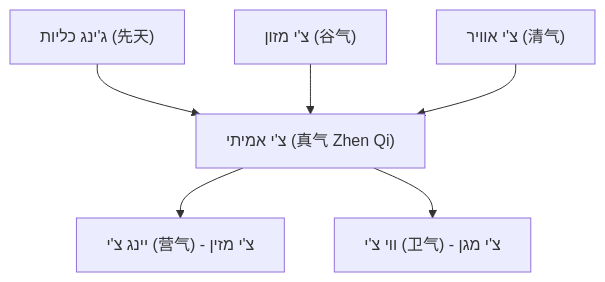
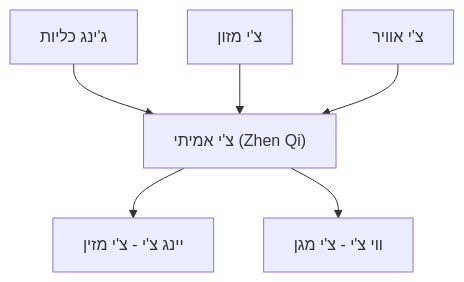
Before and after one commit to sharondaniely/acuponctura: the first of 2 diagrams in docs/year-1-foundations/module-01-philosophy/04-vital-substances.md, drawn with Mermaid. The commit also changed other lines of this file and 132 other files, not shown here.

````diff
--- a/docs/year-1-foundations/module-01-philosophy/04-vital-substances.md
+++ b/docs/year-1-foundations/module-01-philosophy/04-vital-substances.md
@@ -43,8 +43,8 @@
 ```mermaid
 graph TD
-    A["ג'ינג כליות (先天)"] --> D["צ'י אמיתי (真气 Zhen Qi)"]
-    B["צ'י מזון (谷气)"] --> D
-    C["צ'י אוויר (清气)"] --> D
-    D --> E["יינג צ'י (营气) - צ'י מזין"]
-    D --> F["ווי צ'י (卫气) - צ'י מגן"]
+    A["ג'ינג כליות"] --> D["צ'י אמיתי (Zhen Qi)"]
+    B["צ'י מזון"] --> D
+    C["צ'י אוויר"] --> D
+    D --> E["יינג צ'י - צ'י מזין"]
+    D --> F["ווי צ'י - צ'י מגן"]
 ```
````
